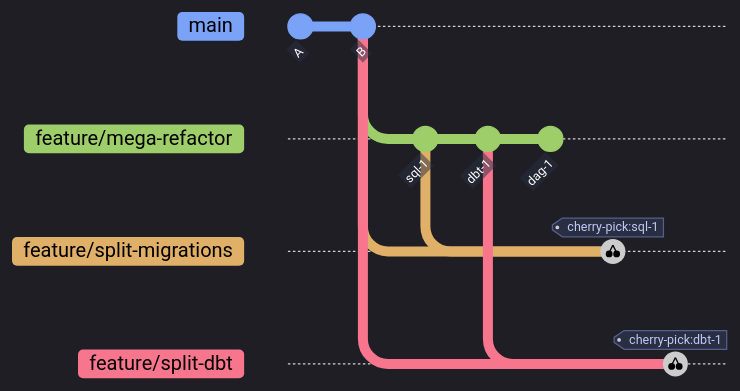
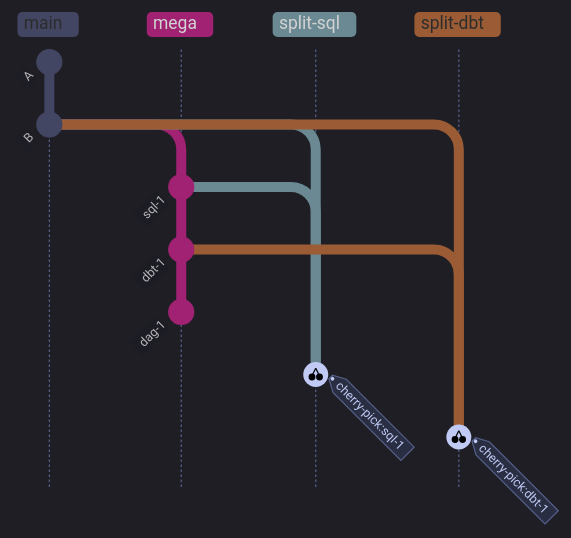
One commit to alp78/elysium changed the seventh of 8 diagrams in content/08-Git/13-git-problems.md. Above: the diagram before and after it, drawn with Mermaid. The commit also changed other lines of this file and 13 other files, not shown here.

````diff
--- a/content/08-Git/13-git-problems.md
+++ b/content/08-Git/13-git-problems.md
@@ -880,25 +834,27 @@
 ```mermaid
 %%{init: {'theme': 'dark', 'themeVariables': {
-  'git0': '#7aa2f7', 'git1': '#9ece6a', 'git2': '#e0af68', 'git3': '#f7768e',
-  'git4': '#bb9af7', 'git5': '#7dcfff', 'git6': '#73daca', 'git7': '#ff9e64',
-  'gitBranchLabel0': '#000000', 'gitBranchLabel1': '#000000',
-  'gitBranchLabel2': '#000000', 'gitBranchLabel3': '#000000',
-  'gitBranchLabel4': '#000000', 'gitBranchLabel5': '#000000',
-  'gitBranchLabel6': '#000000', 'gitBranchLabel7': '#000000',
-  'commitLabelColor': '#ffffff', 'commitLabelBackground': '#292e42',
-  'tagLabelColor': '#c0caf5', 'tagLabelBackground': '#292e42', 'tagLabelBorder': '#565f89'
-}}}%%
-gitGraph
+  'primaryColor': '#292e42',
+  'primaryTextColor': '#c0caf5',
+  'primaryBorderColor': '#565f89',
+  'lineColor': '#565f89',
+  'secondaryColor': '#1a1b26',
+  'tertiaryColor': '#24283b',
+  'noteTextColor': '#c0caf5',
+  'noteBkgColor': '#292e42',
+  'textColor': '#c0caf5',
+  'fontSize': '14px'
+}, 'gitGraph': {'mainBranchName': 'main'}}}%%
+gitGraph TB:
   commit id: "A"
   commit id: "B"
-  branch feature/mega-refactor
+  branch mega
   commit id: "sql-1"
   commit id: "dbt-1"
   commit id: "dag-1"
   checkout main
-  branch feature/split-migrations
+  branch split-sql
   cherry-pick id: "sql-1"
   checkout main
-  branch feature/split-dbt
+  branch split-dbt
   cherry-pick id: "dbt-1"
 ```
````
